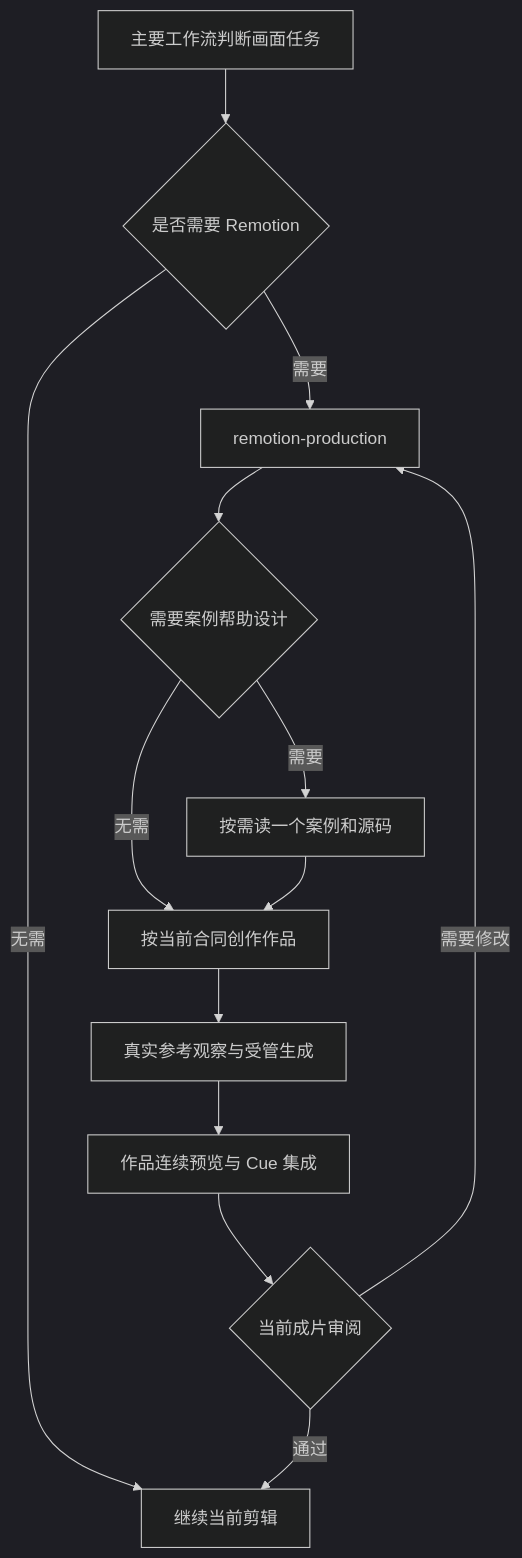
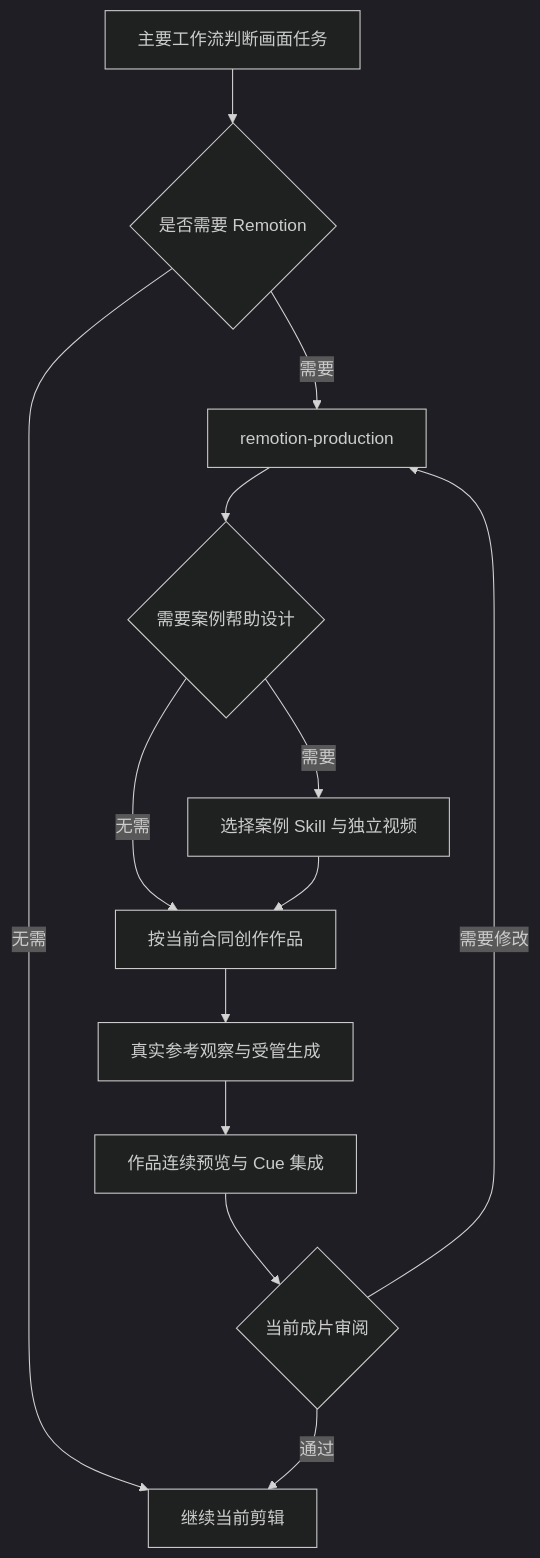
Before and after one commit to angelOnly/VideoFlowCut: the diagram in docs/remotion-case-library.md, drawn with Mermaid (dark theme). The commit also changed other lines of this file and 43 other files, not shown here.

````diff
--- a/docs/remotion-case-library.md
+++ b/docs/remotion-case-library.md
@@ -29,15 +32,15 @@
 ```mermaid
 flowchart TD
   A[主要工作流判断画面任务] --> B{是否需要 Remotion}
   B -->|需要| C[remotion-production]
   B -->|无需| H[继续当前剪辑]
   C --> D{需要案例帮助设计}
-  D -->|需要| E[按需读一个案例和源码]
+  D -->|需要| E[选择案例 Skill 与独立视频]
   D -->|无需| F[按当前合同创作作品]
   E --> F
   F --> G[真实参考观察与受管生成]
   G --> I[作品连续预览与 Cue 集成]
   I --> J{当前成片审阅}
   J -->|通过| H
   J -->|需要修改| C
 ```
````
